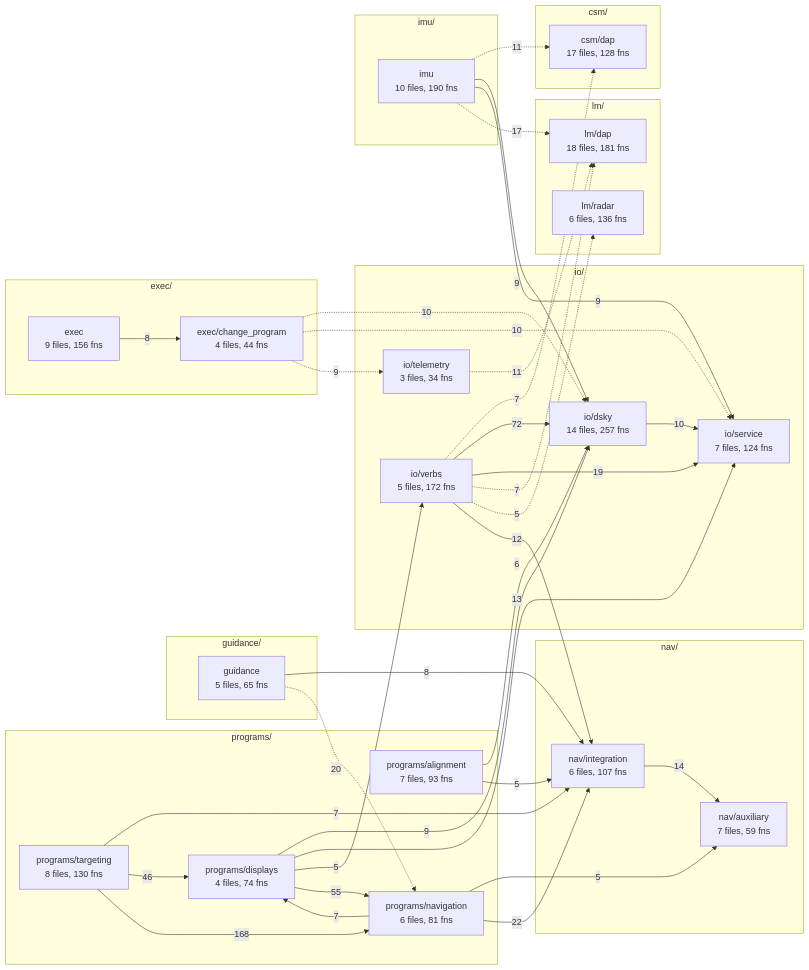
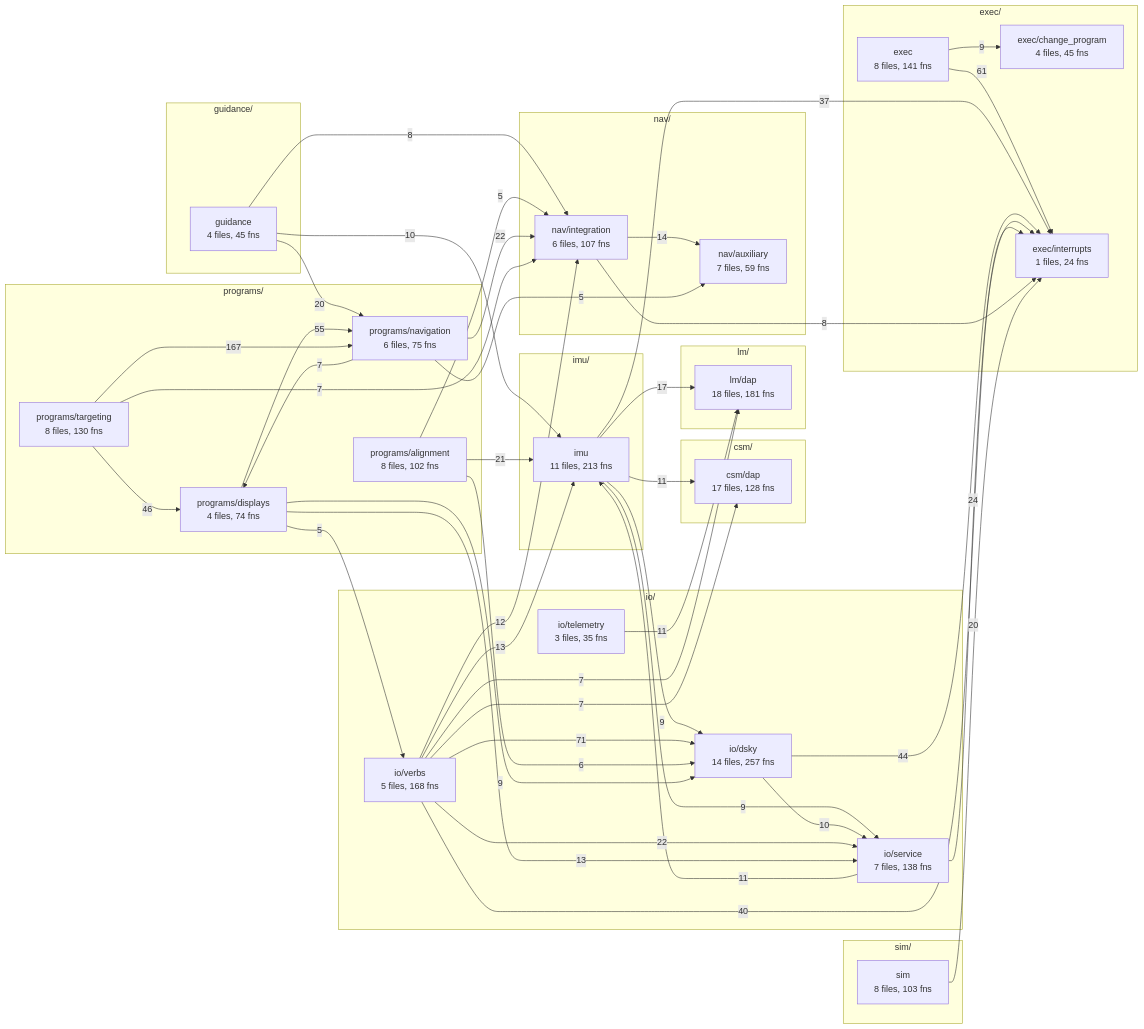
Before and after one commit to bobjoe400/apollo-c: the fifth of 5 diagrams in docs/overview/README.md, drawn with Mermaid. The commit also changed other lines of this file and 68 other files, not shown here.

````diff
--- a/docs/overview/README.md
+++ b/docs/overview/README.md
@@ -525,67 +569,77 @@
 ```mermaid
 flowchart LR
+    subgraph sim_layer["sim/"]
+        sim["sim<br/>8 files, 103 fns"]
+    end
     subgraph csm_layer["csm/"]
         csm_dap["csm/dap<br/>17 files, 128 fns"]
     end
     subgraph lm_layer["lm/"]
         lm_dap["lm/dap<br/>18 files, 181 fns"]
-        lm_radar["lm/radar<br/>6 files, 136 fns"]
     end
     subgraph programs_layer["programs/"]
-        programs_alignment["programs/alignment<br/>7 files, 93 fns"]
+        programs_alignment["programs/alignment<br/>8 files, 102 fns"]
         programs_displays["programs/displays<br/>4 files, 74 fns"]
-        programs_navigation["programs/navigation<br/>6 files, 81 fns"]
+        programs_navigation["programs/navigation<br/>6 files, 75 fns"]
         programs_targeting["programs/targeting<br/>8 files, 130 fns"]
     end
     subgraph guidance_layer["guidance/"]
-        guidance["guidance<br/>5 files, 65 fns"]
+        guidance["guidance<br/>4 files, 45 fns"]
     end
     subgraph io_layer["io/"]
         io_dsky["io/dsky<br/>14 files, 257 fns"]
-        io_service["io/service<br/>7 files, 124 fns"]
-        io_telemetry["io/telemetry<br/>3 files, 34 fns"]
-        io_verbs["io/verbs<br/>5 files, 172 fns"]
+        io_service["io/service<br/>7 files, 138 fns"]
+        io_telemetry["io/telemetry<br/>3 files, 35 fns"]
+        io_verbs["io/verbs<br/>5 files, 168 fns"]
     end
     subgraph imu_layer["imu/"]
-        imu["imu<br/>10 files, 190 fns"]
+        imu["imu<br/>11 files, 213 fns"]
     end
     subgraph nav_layer["nav/"]
         nav_auxiliary["nav/auxiliary<br/>7 files, 59 fns"]
         nav_integration["nav/integration<br/>6 files, 107 fns"]
     end
     subgraph exec_layer["exec/"]
-        exec["exec<br/>9 files, 156 fns"]
-        exec_change_program["exec/change_program<br/>4 files, 44 fns"]
+        exec["exec<br/>8 files, 141 fns"]
+        exec_change_program["exec/change_program<br/>4 files, 45 fns"]
+        exec_interrupts["exec/interrupts<br/>1 files, 24 fns"]
     end
-    exec -->|8| exec_change_program
-    exec_change_program -.->|10| io_dsky
-    exec_change_program -.->|10| io_service
-    exec_change_program -.->|9| io_telemetry
+    exec -->|9| exec_change_program
+    exec -->|61| exec_interrupts
+    guidance -->|10| imu
     guidance -->|8| nav_integration
-    guidance -.->|20| programs_navigation
-    imu -.->|11| csm_dap
+    guidance -->|20| programs_navigation
+    imu -->|11| csm_dap
+    imu -->|37| exec_interrupts
     imu -->|9| io_dsky
     imu -->|9| io_service
-    imu -.->|17| lm_dap
+    imu -->|17| lm_dap
+    io_dsky -->|44| exec_interrupts
     io_dsky -->|10| io_service
-    io_telemetry -.->|11| lm_dap
-    io_verbs -.->|7| csm_dap
-    io_verbs -->|72| io_dsky
-    io_verbs -->|19| io_service
-    io_verbs -.->|7| lm_dap
-    io_verbs -.->|5| lm_radar
+    io_service -->|24| exec_interrupts
+    io_service -->|11| imu
+    io_telemetry -->|11| lm_dap
+    io_verbs -->|7| csm_dap
+    io_verbs -->|40| exec_interrupts
+    io_verbs -->|13| imu
+    io_verbs -->|71| io_dsky
+    io_verbs -->|22| io_service
+    io_verbs -->|7| lm_dap
     io_verbs -->|12| nav_integration
+    nav_integration -->|8| exec_interrupts
     nav_integration -->|14| nav_auxiliary
+    programs_alignment -->|21| imu
     programs_alignment -->|6| io_dsky
     programs_alignment -->|5| nav_integration
     programs_displays -->|9| io_dsky
     programs_displays -->|13| io_service
     programs_displays -->|5| io_verbs
     programs_displays -->|55| programs_navigation
     programs_navigation -->|5| nav_auxiliary
     programs_navigation -->|22| nav_integration
     programs_navigation -->|7| programs_displays
     programs_targeting -->|7| nav_integration
     programs_targeting -->|46| programs_displays
-    programs_targeting -->|168| programs_navigation
+    programs_targeting -->|167| programs_navigation
+    sim -->|20| exec_interrupts
 ```
````
